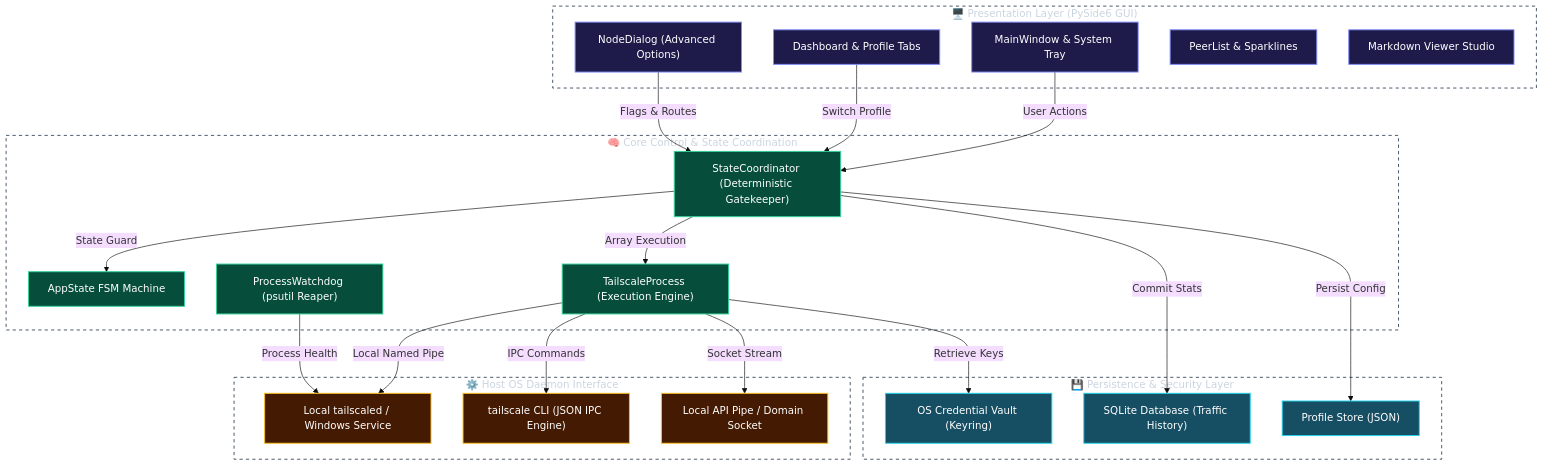
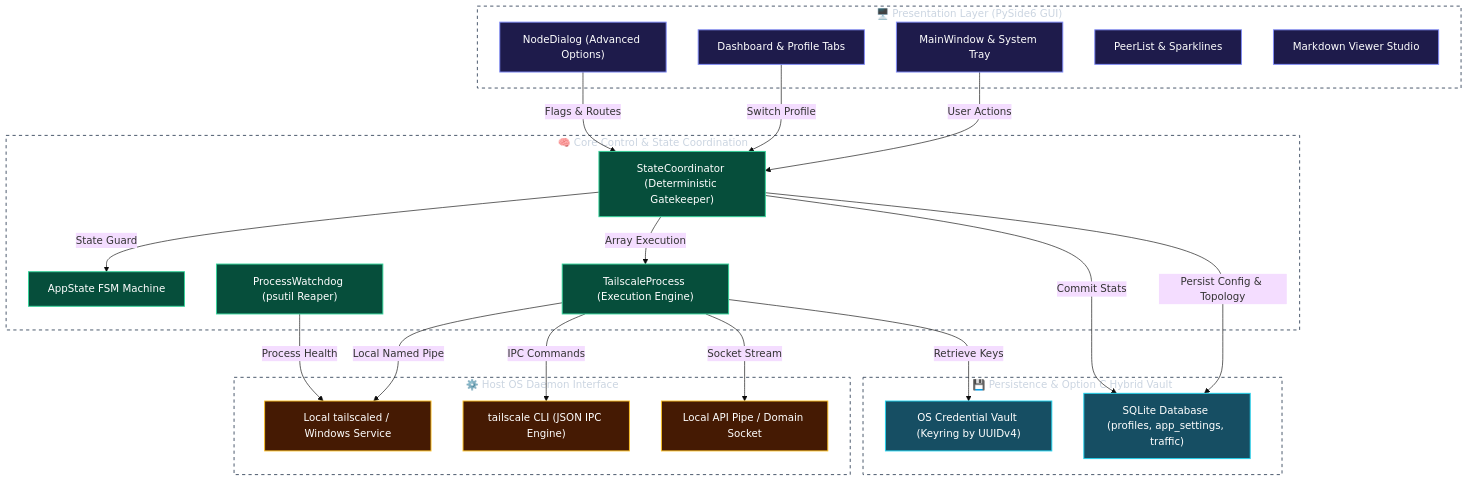
The first of 3 diagrams in Docs/README.md (Arean82/Tailscale-Headscale-Client), drawn with Mermaid (base theme) before and after one commit. The commit also changed other lines of this file and 50 other files, not shown here.

````diff
--- a/Docs/README.md
+++ b/Docs/README.md
@@ -20,55 +20,54 @@
 ```mermaid
 graph TB
     %% Explicit Node Styling - Colors ONLY on Nodes
     classDef uiNode fill:#1e1b4b,stroke:#818cf8,stroke-width:1.5px,color:#ffffff;
     classDef coordNode fill:#064e3b,stroke:#34d399,stroke-width:1.5px,color:#ffffff;
     classDef daemonNode fill:#451a03,stroke:#fbbf24,stroke-width:1.5px,color:#ffffff;
     classDef storageNode fill:#164e63,stroke:#22d3ee,stroke-width:1.5px,color:#ffffff;
 
     %% 100% Transparent Subgraph Containers (Zero Flood Color)
     style UI fill:none,stroke:#475569,stroke-width:1.5px,stroke-dasharray: 5 5,color:#cbd5e1;
     style Core fill:none,stroke:#475569,stroke-width:1.5px,stroke-dasharray: 5 5,color:#cbd5e1;
     style Daemon fill:none,stroke:#475569,stroke-width:1.5px,stroke-dasharray: 5 5,color:#cbd5e1;
     style Storage fill:none,stroke:#475569,stroke-width:1.5px,stroke-dasharray: 5 5,color:#cbd5e1;
 
     subgraph UI ["🖥️ Presentation Layer (PySide6 GUI)"]
         MW["MainWindow & System Tray"]:::uiNode
         DB["Dashboard & Profile Tabs"]:::uiNode
         ND["NodeDialog (Advanced Options)"]:::uiNode
         PL["PeerList & Sparklines"]:::uiNode
         RD["Markdown Viewer Studio"]:::uiNode
     end
 
     subgraph Core ["🧠 Core Control & State Coordination"]
         SC["StateCoordinator (Deterministic Gatekeeper)"]:::coordNode
         SM["AppState FSM Machine"]:::coordNode
         TSM["TailscaleProcess (Execution Engine)"]:::coordNode
         WM["ProcessWatchdog (psutil Reaper)"]:::coordNode
     end
 
     subgraph Daemon ["⚙️ Host OS Daemon Interface"]
         TD["Local tailscaled / Windows Service"]:::daemonNode
         CLI["tailscale CLI (JSON IPC Engine)"]:::daemonNode
         API["Local API Pipe / Domain Socket"]:::daemonNode
     end
 
-    subgraph Storage ["💾 Persistence & Security Layer"]
-        KR["OS Credential Vault (Keyring)"]:::storageNode
-        SQL["SQLite Database (Traffic History)"]:::storageNode
-        FS["Profile Store (JSON)"]:::storageNode
+    subgraph Storage ["💾 Persistence & Option C Hybrid Vault"]
+        KR["OS Credential Vault (Keyring by UUIDv4)"]:::storageNode
+        SQL["SQLite Database (profiles, app_settings, traffic)"]:::storageNode
     end
 
     %% Flow Connections
     MW -->|User Actions| SC
     DB -->|Switch Profile| SC
     ND -->|Flags & Routes| SC
     SC -->|State Guard| SM
     SC -->|Array Execution| TSM
     TSM -->|IPC Commands| CLI
     TSM -->|Local Named Pipe| TD
     TSM -->|Socket Stream| API
     WM -->|Process Health| TD
-    SC -->|Persist Config| FS
+    SC -->|Persist Config & Topology| SQL
     TSM -->|Retrieve Keys| KR
     SC -->|Commit Stats| SQL
 ```
````
